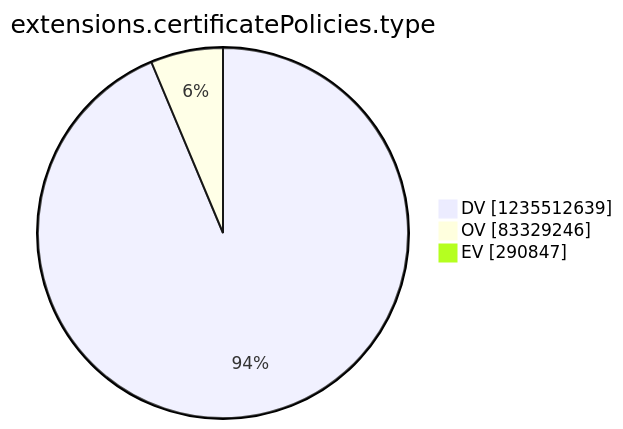
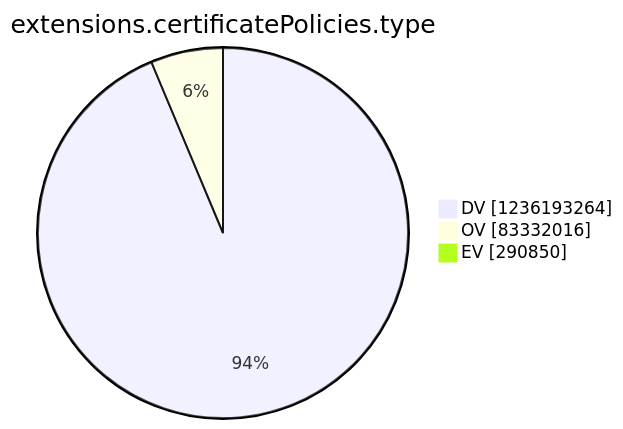
The tenth of 15 diagrams in argon2022/README.md (christiankrug/ctmonitor_visualization), drawn with Mermaid before and after one commit. The commit also changed other lines of this file, not shown here.

````diff
--- a/argon2022/README.md
+++ b/argon2022/README.md
@@ -2770,7 +2770,7 @@
 ```mermaid
 pie showData
 title extensions.certificatePolicies.type
-"DV" :1235512639
-"OV" :83329246
-"EV" :290847
+"DV" :1236193264
+"OV" :83332016
+"EV" :290850
 ```
````
